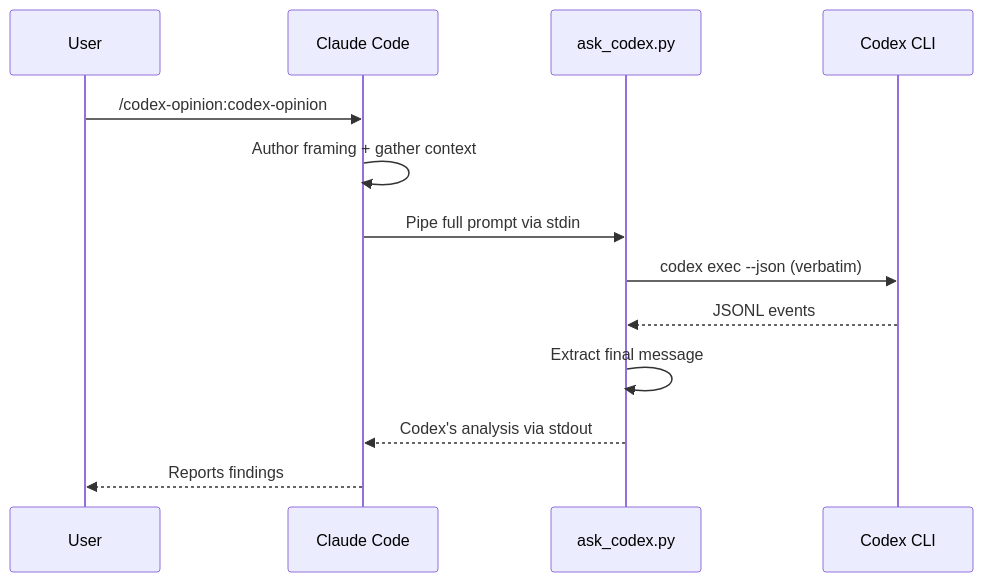
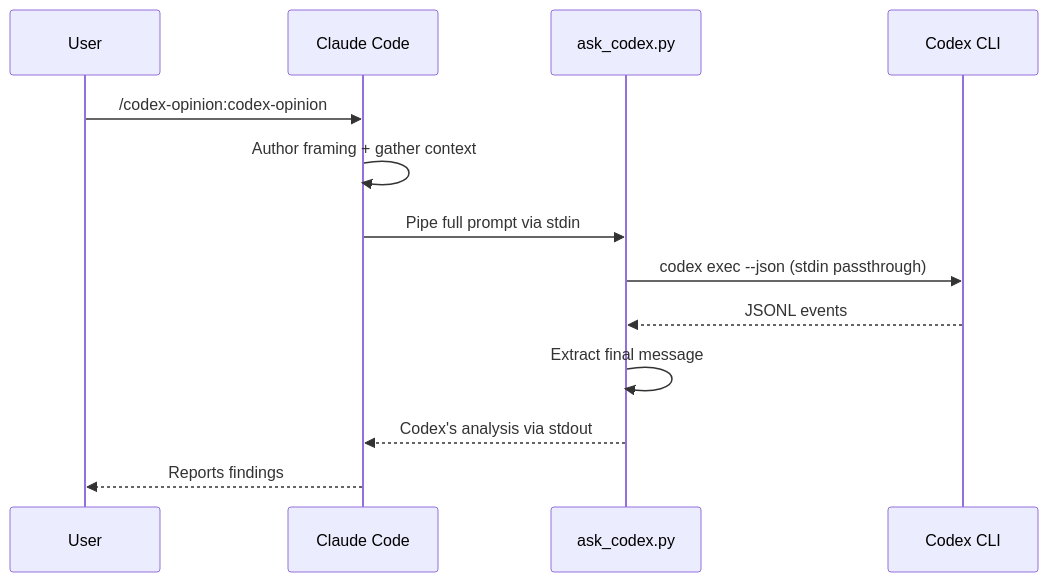
Before and after one commit to ehzawad/codex-opinion: the first of 3 diagrams in README.md, drawn with Mermaid. The commit also changed 2 other files, not shown here.

Commit message:
v1.2.3: sharpen verbatim claims in diagram and marker comment
- README sequence diagram: 'codex exec --json (verbatim)' was ambiguous —
  narrowed to '(stdin passthrough)' to make clear the verbatim scope is
  stdin forwarding, not the whole call. The optional positional-prefix
  path documented elsewhere is not verbatim.
- ask_codex.py STALE_RESUME_MARKERS comment: rewrote 'surfaced verbatim'
  to describe what actually happens on non-stale non-zero resume (stderr
  plus a [codex resume exited N] tag line).

````diff
--- a/README.md
+++ b/README.md
@@ -53,16 +53,16 @@
 ```mermaid
 sequenceDiagram
     participant U as User
     participant C as Claude Code
     participant S as ask_codex.py
     participant X as Codex CLI
 
     U->>C: /codex-opinion:codex-opinion
     C->>C: Author framing + gather context
     C->>S: Pipe full prompt via stdin
-    S->>X: codex exec --json (verbatim)
+    S->>X: codex exec --json (stdin passthrough)
     X-->>S: JSONL events
     S->>S: Extract final message
     S-->>C: Codex's analysis via stdout
     C-->>U: Reports findings
 ```
````
